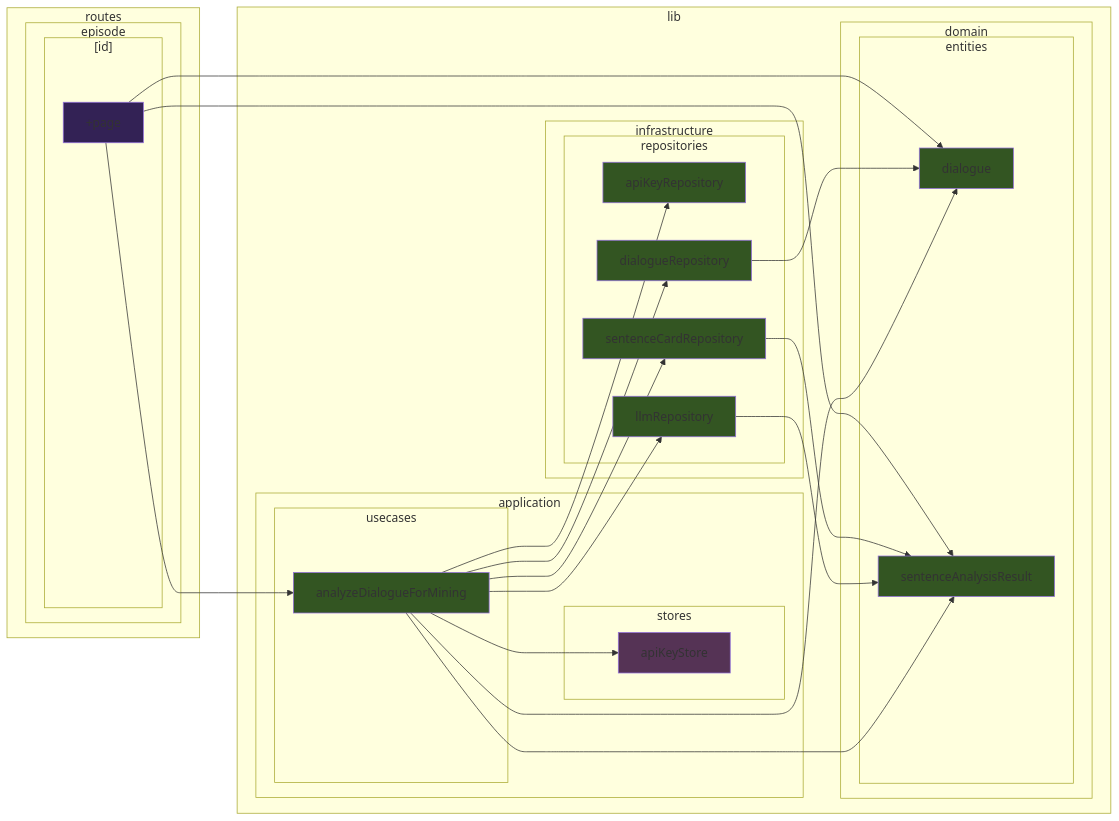
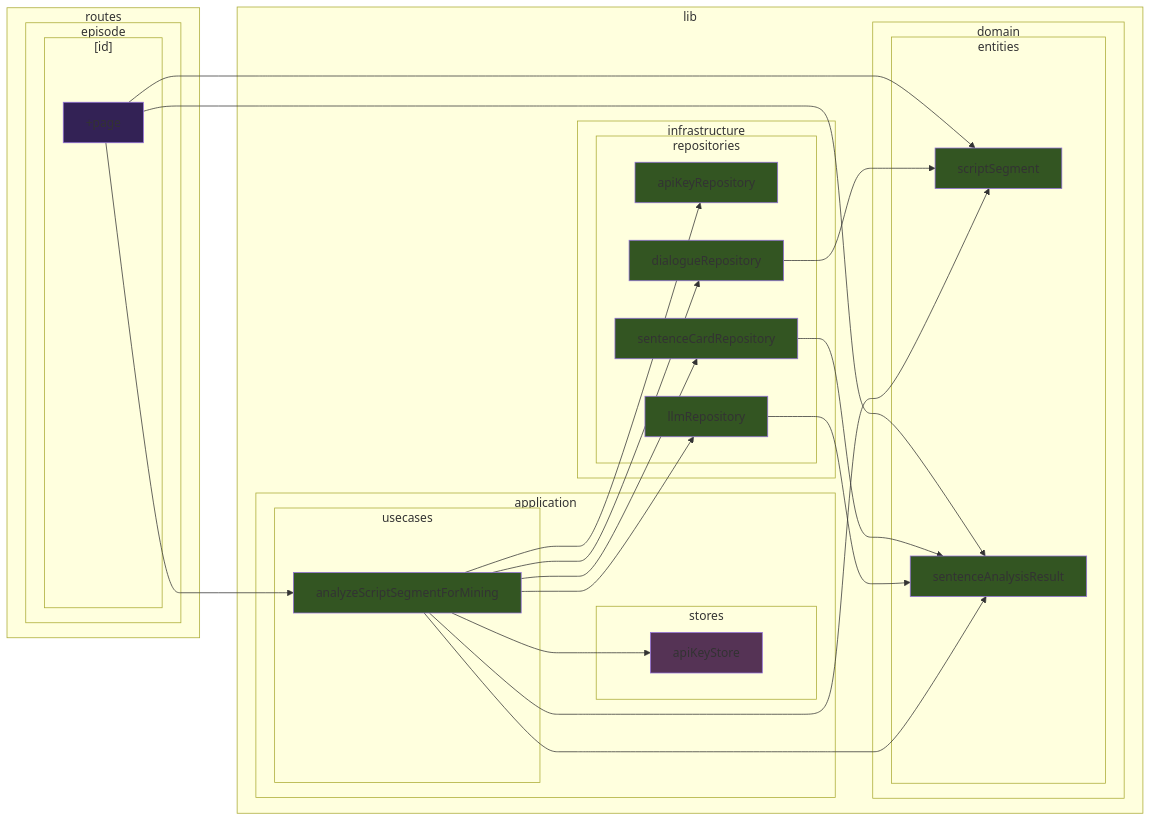
One commit to k5n/kotonoha changed the ninth of 39 diagrams in doc/dependency-graph.md. Above: the diagram before and after it, drawn with Mermaid. The commit also changed other lines of this file and 32 other files, not shown here.

````diff
--- a/doc/dependency-graph.md
+++ b/doc/dependency-graph.md
@@ -494,59 +494,59 @@
 ```mermaid
 graph LR
     classDef cssSvelteComponent fill:#325;
     classDef cssSvelteScript fill:#535;
     classDef cssTypeScript fill:#352;
         subgraph sg_lib ["lib"]
             subgraph sg_lib_application ["application"]
                 subgraph sg_lib_application_stores ["stores"]
                     src_lib_application_stores_apiKeyStore_svelte_ts["apiKeyStore"]
                 end
                 subgraph sg_lib_application_usecases ["usecases"]
-                    src_lib_application_usecases_analyzeDialogueForMining_ts["analyzeDialogueForMining"]
+                    src_lib_application_usecases_analyzeScriptSegmentForMining_ts["analyzeScriptSegmentForMining"]
                 end
             end
             subgraph sg_lib_domain ["domain"]
                 subgraph sg_lib_domain_entities ["entities"]
-                    src_lib_domain_entities_dialogue_ts["dialogue"]
+                    src_lib_domain_entities_scriptSegment_ts["scriptSegment"]
                     src_lib_domain_entities_sentenceAnalysisResult_ts["sentenceAnalysisResult"]
                 end
             end
             subgraph sg_lib_infrastructure ["infrastructure"]
                 subgraph sg_lib_infrastructure_repositories ["repositories"]
                     src_lib_infrastructure_repositories_apiKeyRepository_ts["apiKeyRepository"]
                     src_lib_infrastructure_repositories_dialogueRepository_ts["dialogueRepository"]
                     src_lib_infrastructure_repositories_llmRepository_ts["llmRepository"]
                     src_lib_infrastructure_repositories_sentenceCardRepository_ts["sentenceCardRepository"]
                 end
             end
         end
         subgraph sg_routes ["routes"]
             subgraph sg_routes_episode ["episode"]
                 subgraph sg_routes_episode__id_ ["[id]"]
                     src_routes_episode__id___page_svelte["+page"]
                 end
             end
         end
-    src_lib_application_usecases_analyzeDialogueForMining_ts --> src_lib_application_stores_apiKeyStore_svelte_ts
-    src_lib_application_usecases_analyzeDialogueForMining_ts --> src_lib_domain_entities_dialogue_ts
-    src_lib_application_usecases_analyzeDialogueForMining_ts --> src_lib_domain_entities_sentenceAnalysisResult_ts
-    src_lib_application_usecases_analyzeDialogueForMining_ts --> src_lib_infrastructure_repositories_apiKeyRepository_ts
-    src_lib_application_usecases_analyzeDialogueForMining_ts --> src_lib_infrastructure_repositories_dialogueRepository_ts
-    src_lib_application_usecases_analyzeDialogueForMining_ts --> src_lib_infrastructure_repositories_llmRepository_ts
-    src_lib_application_usecases_analyzeDialogueForMining_ts --> src_lib_infrastructure_repositories_sentenceCardRepository_ts
-    src_lib_infrastructure_repositories_dialogueRepository_ts --> src_lib_domain_entities_dialogue_ts
+    src_lib_application_usecases_analyzeScriptSegmentForMining_ts --> src_lib_application_stores_apiKeyStore_svelte_ts
+    src_lib_application_usecases_analyzeScriptSegmentForMining_ts --> src_lib_domain_entities_scriptSegment_ts
+    src_lib_application_usecases_analyzeScriptSegmentForMining_ts --> src_lib_domain_entities_sentenceAnalysisResult_ts
+    src_lib_application_usecases_analyzeScriptSegmentForMining_ts --> src_lib_infrastructure_repositories_apiKeyRepository_ts
+    src_lib_application_usecases_analyzeScriptSegmentForMining_ts --> src_lib_infrastructure_repositories_dialogueRepository_ts
+    src_lib_application_usecases_analyzeScriptSegmentForMining_ts --> src_lib_infrastructure_repositories_llmRepository_ts
+    src_lib_application_usecases_analyzeScriptSegmentForMining_ts --> src_lib_infrastructure_repositories_sentenceCardRepository_ts
+    src_lib_infrastructure_repositories_dialogueRepository_ts --> src_lib_domain_entities_scriptSegment_ts
     src_lib_infrastructure_repositories_llmRepository_ts --> src_lib_domain_entities_sentenceAnalysisResult_ts
     src_lib_infrastructure_repositories_sentenceCardRepository_ts --> src_lib_domain_entities_sentenceAnalysisResult_ts
-    src_routes_episode__id___page_svelte --> src_lib_application_usecases_analyzeDialogueForMining_ts
-    src_routes_episode__id___page_svelte --> src_lib_domain_entities_dialogue_ts
+    src_routes_episode__id___page_svelte --> src_lib_application_usecases_analyzeScriptSegmentForMining_ts
+    src_routes_episode__id___page_svelte --> src_lib_domain_entities_scriptSegment_ts
     src_routes_episode__id___page_svelte --> src_lib_domain_entities_sentenceAnalysisResult_ts
     class src_lib_application_stores_apiKeyStore_svelte_ts cssSvelteScript
-    class src_lib_application_usecases_analyzeDialogueForMining_ts cssTypeScript
-    class src_lib_domain_entities_dialogue_ts cssTypeScript
+    class src_lib_application_usecases_analyzeScriptSegmentForMining_ts cssTypeScript
+    class src_lib_domain_entities_scriptSegment_ts cssTypeScript
     class src_lib_domain_entities_sentenceAnalysisResult_ts cssTypeScript
     class src_lib_infrastructure_repositories_apiKeyRepository_ts cssTypeScript
     class src_lib_infrastructure_repositories_dialogueRepository_ts cssTypeScript
     class src_lib_infrastructure_repositories_llmRepository_ts cssTypeScript
     class src_lib_infrastructure_repositories_sentenceCardRepository_ts cssTypeScript
     class src_routes_episode__id___page_svelte cssSvelteComponent
 ```
````
